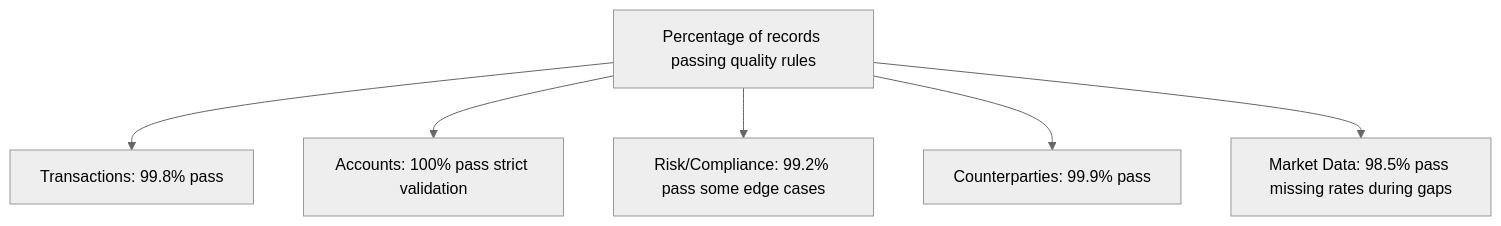
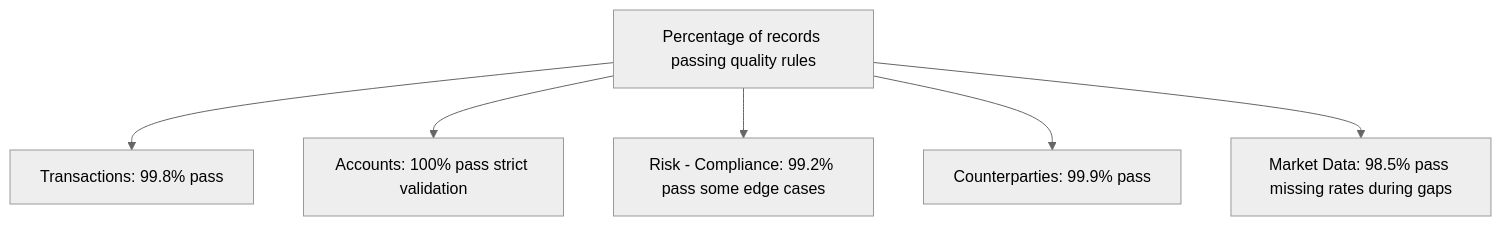
The fourth of 7 diagrams in docs/platform/observability.md (naren-chakraview/chakraview-fintech-data-mesh), drawn with Mermaid (neutral theme) before and after one commit. The commit also changed other lines of this file and 21 other files, not shown here.

First line of the commit message:
Fix mermaid diagram rendering issues in fintech data mesh documentation

````diff
--- a/docs/platform/observability.md
+++ b/docs/platform/observability.md
@@ -152,9 +152,9 @@
 ```mermaid
 graph TD
     A["Percentage of records passing quality rules"]
     A --> A1["Transactions: 99.8% pass"]
     A --> A2["Accounts: 100% pass strict validation"]
-    A --> A3["Risk/Compliance: 99.2% pass some edge cases"]
+    A --> A3["Risk - Compliance: 99.2% pass some edge cases"]
     A --> A4["Counterparties: 99.9% pass"]
     A --> A5["Market Data: 98.5% pass missing rates during gaps"]
 ```
````
